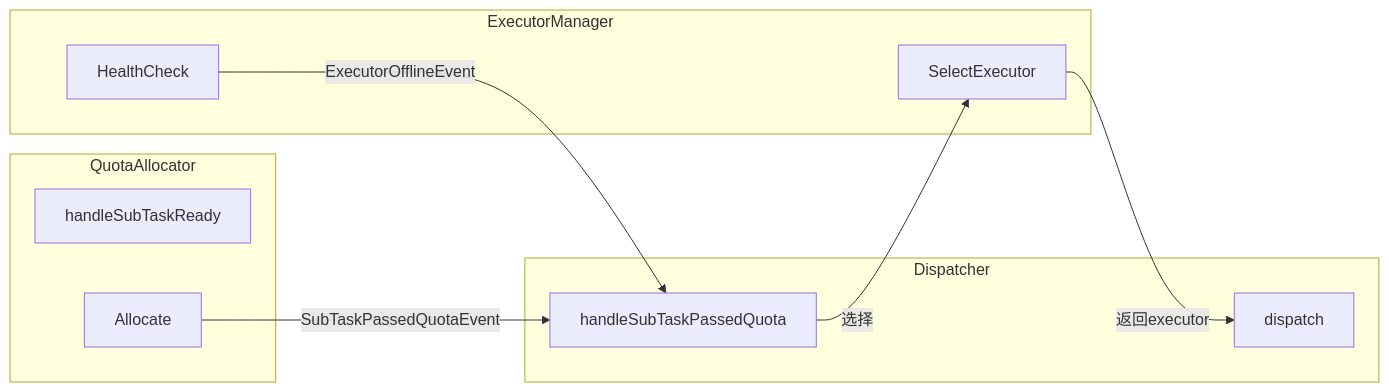
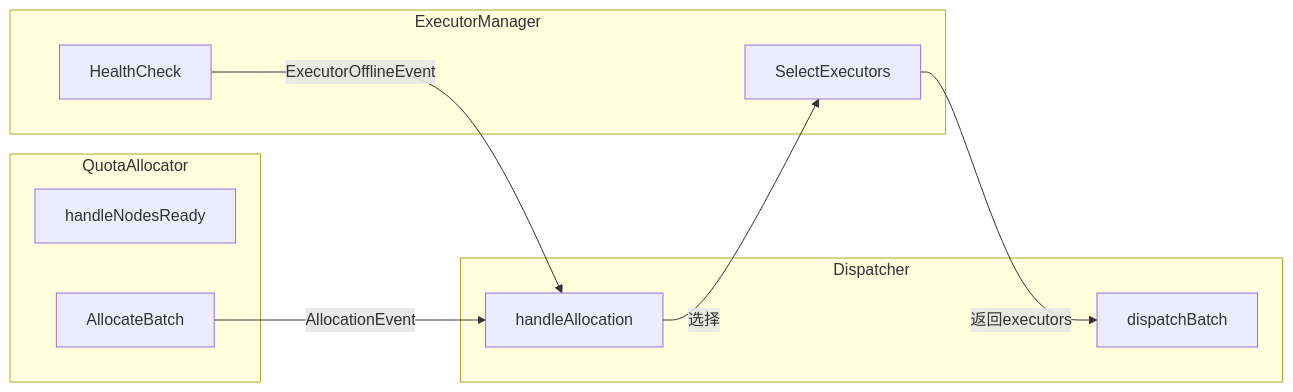
The first of 2 diagrams in docs/designs/details/scheduler/子任务分发器设计.md (njuxumq/agent-eval-server), drawn with Mermaid before and after one commit. The commit also changed other lines of this file and 13 other files, not shown here.

````diff
--- a/docs/designs/details/scheduler/子任务分发器设计.md
+++ b/docs/designs/details/scheduler/子任务分发器设计.md
@@ -392,22 +413,22 @@
 ```mermaid
 flowchart LR
     subgraph QuotaAllocator
-        Q1[handleSubTaskReady]
-        Q2[Allocate]
+        Q1[handleNodesReady]
+        Q2[AllocateBatch]
     end
 
     subgraph Dispatcher
-        D1[handleSubTaskPassedQuota]
-        D2[dispatch]
+        D1[handleAllocation]
+        D2[dispatchBatch]
     end
 
     subgraph ExecutorManager
-        E1[SelectExecutor]
+        E1[SelectExecutors]
         E2[HealthCheck]
     end
 
-    Q2 -->|"SubTaskPassedQuotaEvent"| D1
+    Q2 -->|"AllocationEvent"| D1
     D1 -->|"选择"| E1
-    E1 -->|"返回executor"| D2
+    E1 -->|"返回executors"| D2
     E2 -->|"ExecutorOfflineEvent"| D1
 ```
````
